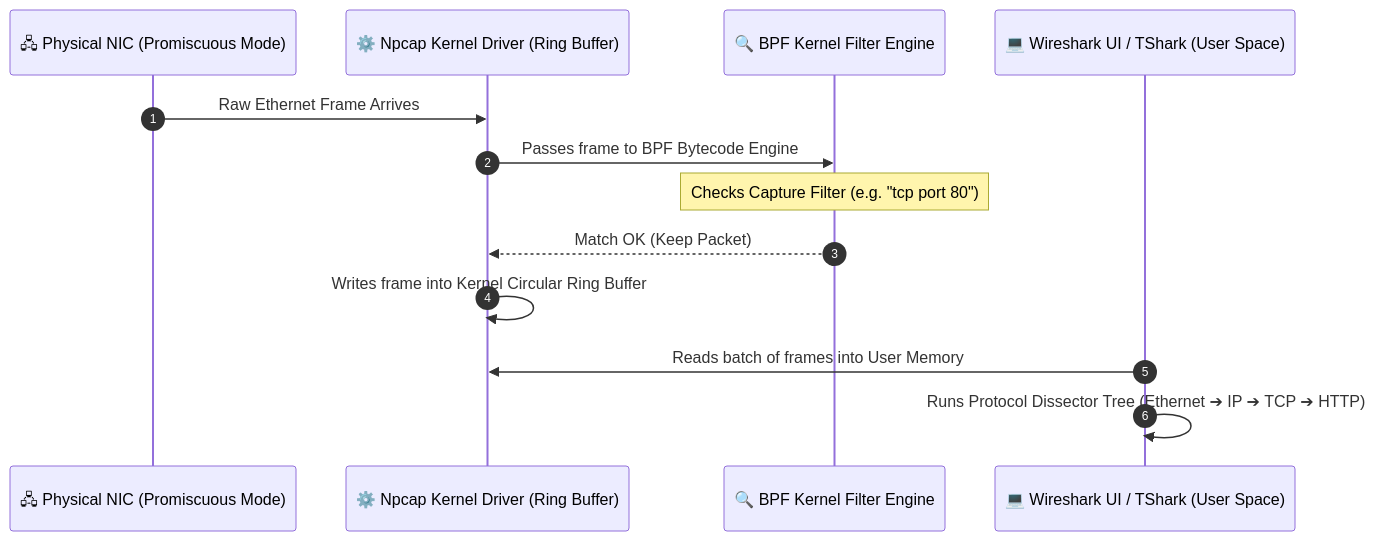
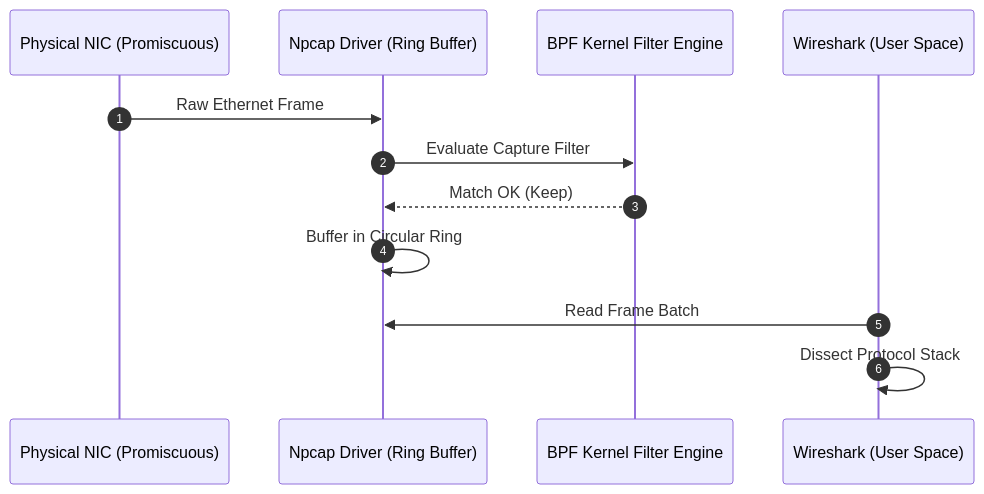
The first of 5 diagrams in topics/13-pentesting-tool-internals-and-mechanics/README.md (DaddyZyn/Cyber-security-notes), drawn with Mermaid before and after one commit. The commit also changed other lines of this file and 19 other files, not shown here.

Commit message:
fix: overhaul all Mermaid diagrams with clean vertical layouts and short line-wrapping to prevent GitHub clipping

````diff
--- a/topics/13-pentesting-tool-internals-and-mechanics/README.md
+++ b/topics/13-pentesting-tool-internals-and-mechanics/README.md
@@ -41,16 +41,15 @@
 ```mermaid
 sequenceDiagram
     autonumber
-    participant NIC as 🖧 Physical NIC (Promiscuous Mode)
-    participant Kernel as ⚙️ Npcap Kernel Driver (Ring Buffer)
-    participant BPF as 🔍 BPF Kernel Filter Engine
-    participant Wireshark as 💻 Wireshark UI / TShark (User Space)
+    participant NIC as Physical NIC (Promiscuous)
+    participant Kernel as Npcap Driver (Ring Buffer)
+    participant BPF as BPF Kernel Filter Engine
+    participant Wireshark as Wireshark (User Space)
 
-    NIC->>Kernel: Raw Ethernet Frame Arrives
-    Kernel->>BPF: Passes frame to BPF Bytecode Engine
-    Note over BPF: Checks Capture Filter (e.g. "tcp port 80")
-    BPF-->>Kernel: Match OK (Keep Packet)
-    Kernel->>Kernel: Writes frame into Kernel Circular Ring Buffer
-    Wireshark->>Kernel: Reads batch of frames into User Memory
-    Wireshark->>Wireshark: Runs Protocol Dissector Tree (Ethernet ➔ IP ➔ TCP ➔ HTTP)
+    NIC->>Kernel: Raw Ethernet Frame
+    Kernel->>BPF: Evaluate Capture Filter
+    BPF-->>Kernel: Match OK (Keep)
+    Kernel->>Kernel: Buffer in Circular Ring
+    Wireshark->>Kernel: Read Frame Batch
+    Wireshark->>Wireshark: Dissect Protocol Stack
 ```
````
